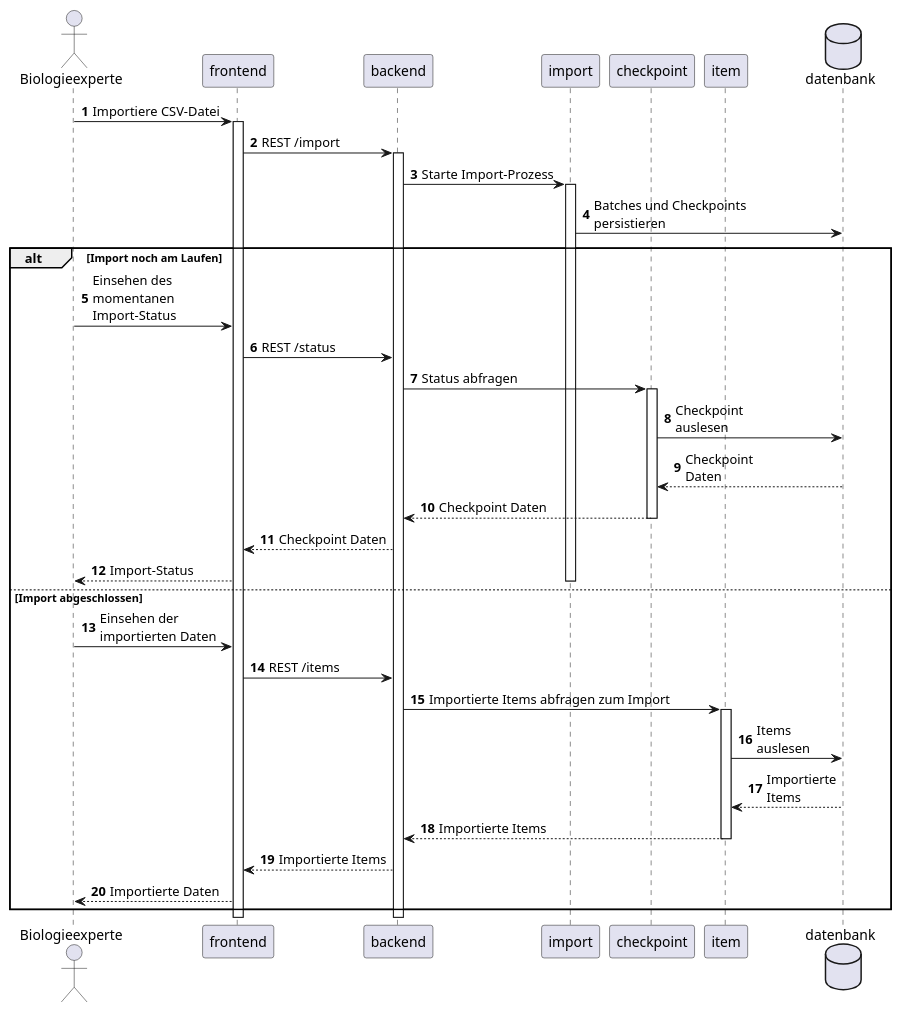
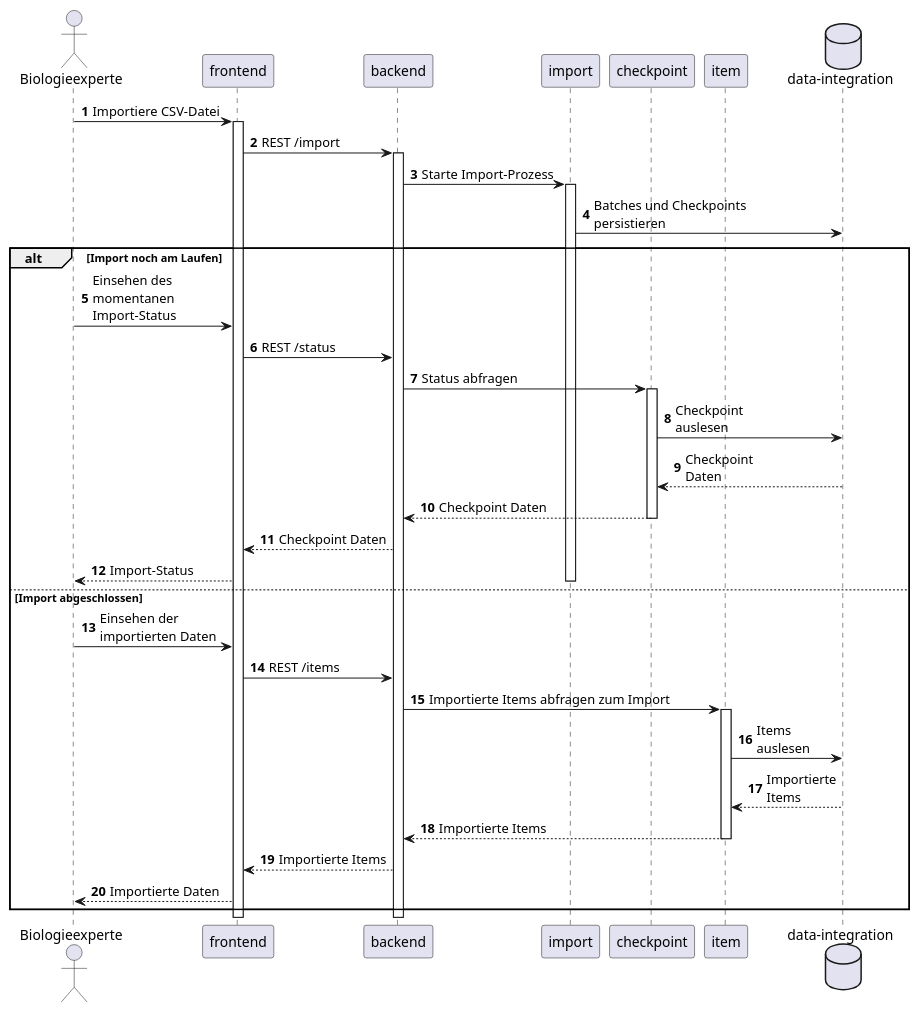
Before and after one commit to TuncerCatalkaya/data-integration: the diagram in data-integration-documentation/src/main/images/design/import/importSequence.puml, drawn with PlantUML. The commit also changed 15 other files, not shown here.

Commit message:
diagrams

```diff
--- a/data-integration-documentation/src/main/images/design/import/importSequence.puml
+++ b/data-integration-documentation/src/main/images/design/import/importSequence.puml
@@ -1,61 +1,61 @@
 @startuml
 
 autonumber
 
 actor Biologieexperte
 
 participant frontend
 participant backend
 participant import
 participant checkpoint
 participant item
-database datenbank
+database "data-integration" as datenbank
 
 Biologieexperte -> frontend: Importiere CSV-Datei
 
 activate frontend
 frontend -> backend: REST /import
 
 activate backend
 backend -> import: Starte Import-Prozess
 
 activate import
 
 import -> datenbank: Batches und Checkpoints\npersistieren
 
 alt Import noch am Laufen
 
     Biologieexperte -> frontend: Einsehen des\nmomentanen\nImport-Status
     frontend -> backend: REST /status
     backend -> checkpoint: Status abfragen
 
     activate checkpoint
     checkpoint -> datenbank: Checkpoint\nauslesen
 
     datenbank --> checkpoint: Checkpoint\nDaten
     checkpoint --> backend: Checkpoint Daten
     deactivate checkpoint
 
     backend --> frontend: Checkpoint Daten
     frontend --> Biologieexperte: Import-Status
 
 else Import abgeschlossen
 
     deactivate import
     Biologieexperte -> frontend: Einsehen der\nimportierten Daten
     frontend -> backend: REST /items
     backend -> item: Importierte Items abfragen zum Import
 
     activate item
     item -> datenbank: Items\nauslesen
 
     datenbank --> item: Importierte\nItems
     item --> backend: Importierte Items
     deactivate item
 
     backend --> frontend: Importierte Items
     frontend --> Biologieexperte: Importierte Daten
 
 end
 
 @enduml
```
